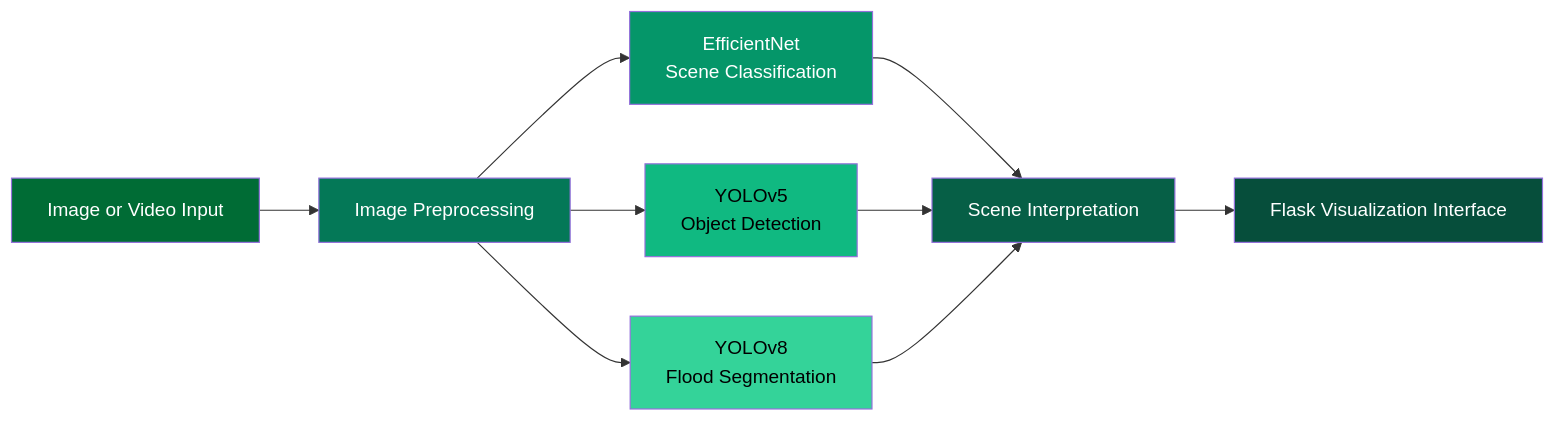
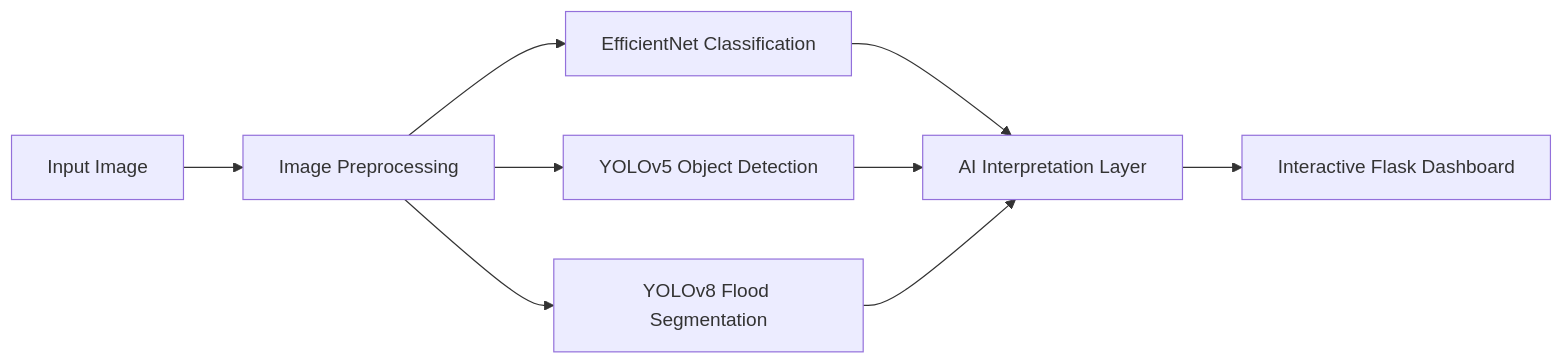
The diagram in README.md (WASAN-ALMUTAAN1/Emergency-Smart-Flood-Alerting-System), drawn with Mermaid before and after one commit. The commit also changed other lines of this file, not shown here.

````diff
--- a/README.md
+++ b/README.md
@@ -96,25 +67,15 @@
 ```mermaid
 flowchart LR
 
-A[Image or Video Input] --> B[Image Preprocessing]
+A[Input Image] --> B[Image Preprocessing]
 
-B --> C[EfficientNet<br>Scene Classification]
+B --> C[EfficientNet Classification]
+B --> D[YOLOv5 Object Detection]
+B --> E[YOLOv8 Flood Segmentation]
 
-B --> D[YOLOv5<br>Object Detection]
-
-B --> E[YOLOv8<br>Flood Segmentation]
-
-C --> F[Scene Interpretation]
+C --> F[AI Interpretation Layer]
 D --> F
 E --> F
 
-F --> G[Flask Visualization Interface]
-
-style A fill:#006C35,color:white
-style B fill:#047857,color:white
-style C fill:#059669,color:white
-style D fill:#10b981,color:black
-style E fill:#34d399,color:black
-style F fill:#065f46,color:white
-style G fill:#064e3b,color:white
+F --> G[Interactive Flask Dashboard]
 ```
````
